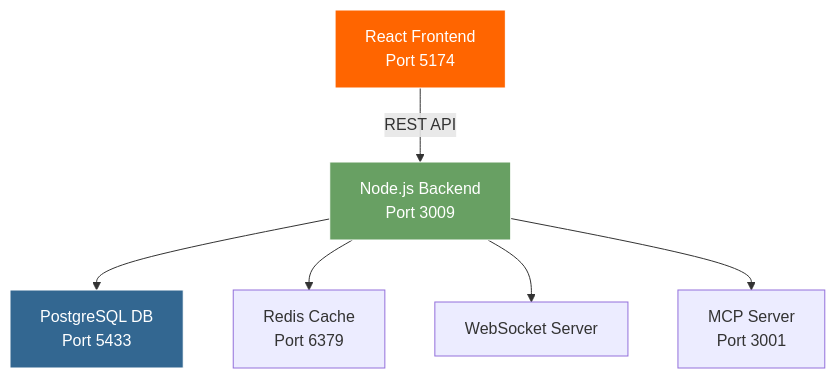
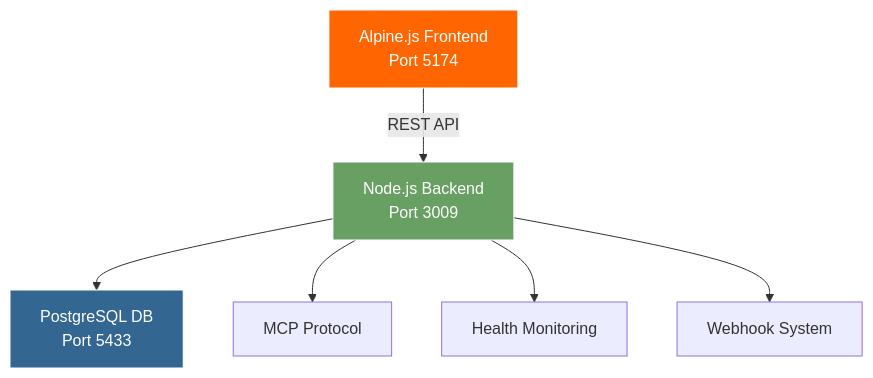
Before and after one commit to anubissbe/task-management-webui: the diagram in README.md, drawn with Mermaid. The commit also changed other lines of this file and 29 other files, not shown here.

````diff
--- a/README.md
+++ b/README.md
@@ -227,12 +146,12 @@
 ```mermaid
 graph TD
-    A[React Frontend<br/>Port 5174] -->|REST API| B[Node.js Backend<br/>Port 3009]
+    A[Alpine.js Frontend<br/>Port 5174] -->|REST API| B[Node.js Backend<br/>Port 3009]
     B --> C[PostgreSQL DB<br/>Port 5433]
-    B --> D[Redis Cache<br/>Port 6379]
-    B --> E[WebSocket Server]
-    B --> F[MCP Server<br/>Port 3001]
+    B --> D[MCP Protocol]
+    B --> E[Health Monitoring]
+    B --> F[Webhook System]
     
     style A fill:#ff6500,stroke:#fff,color:#fff
     style B fill:#68a063,stroke:#fff,color:#fff
     style C fill:#336791,stroke:#fff,color:#fff
 ```
````
